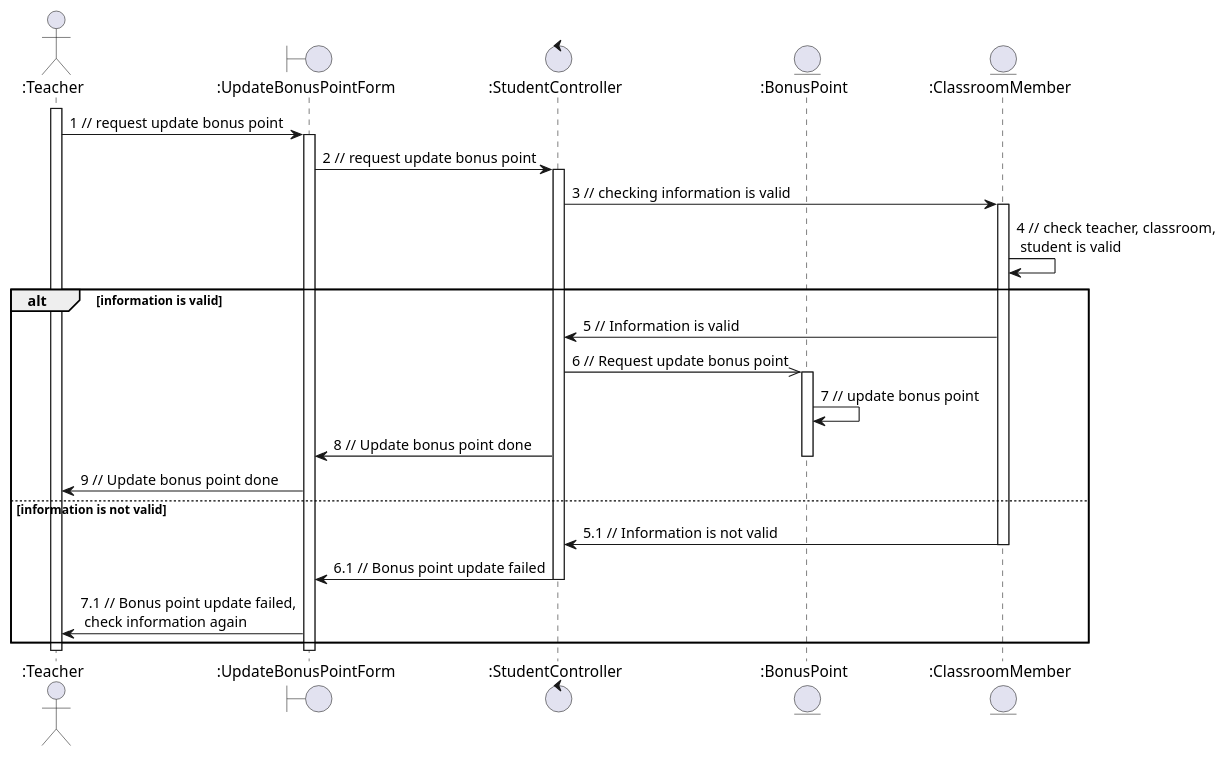
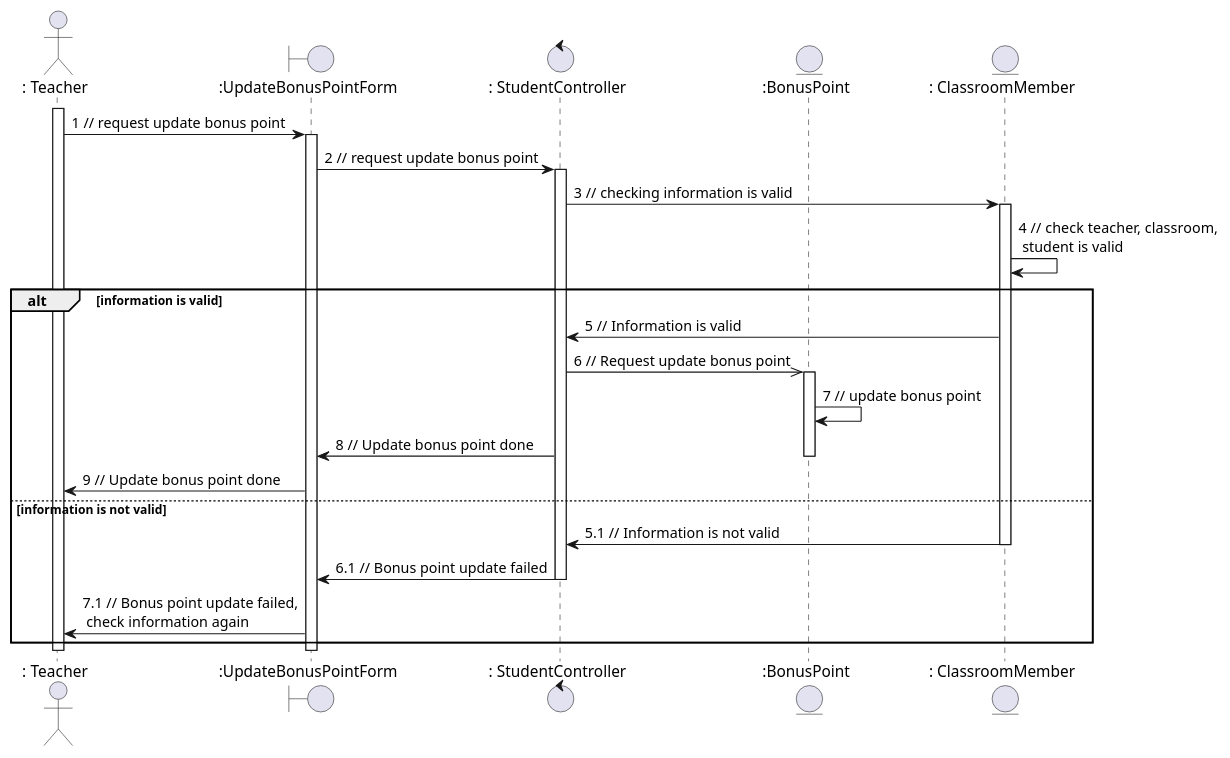
The diagram in sequence - analaysis/rollcall/updateBonusPoint.plantuml (anonyhostvn/OOAD-Diagram), drawn with PlantUML before and after one commit. The commit also changed 13 other files, not shown here.

```diff
--- a/sequence - analaysis/rollcall/updateBonusPoint.plantuml
+++ b/sequence - analaysis/rollcall/updateBonusPoint.plantuml
@@ -1,38 +1,38 @@
 @startuml updateBonusPoint
 
-actor ":Teacher"
+actor ": Teacher"
 boundary ":UpdateBonusPointForm"
-control ":StudentController"
+control ": StudentController"
 entity ":BonusPoint"
-entity ":ClassroomMember"
+entity ": ClassroomMember"
 
-activate ":Teacher"
+activate ": Teacher"
 
-":Teacher" -> ":UpdateBonusPointForm": 1 // request update bonus point
+": Teacher" -> ":UpdateBonusPointForm": 1 // request update bonus point
 activate ":UpdateBonusPointForm"
-":UpdateBonusPointForm" -> ":StudentController": 2 // request update bonus point
-activate ":StudentController"
-":StudentController" -> ":ClassroomMember": 3 // checking information is valid
-activate ":ClassroomMember"
-":ClassroomMember" -> ":ClassroomMember": 4 // check teacher, classroom, \n student is valid
+":UpdateBonusPointForm" -> ": StudentController": 2 // request update bonus point
+activate ": StudentController"
+": StudentController" -> ": ClassroomMember": 3 // checking information is valid
+activate ": ClassroomMember"
+": ClassroomMember" -> ": ClassroomMember": 4 // check teacher, classroom, \n student is valid
 alt information is valid
-    ":ClassroomMember" -> ":StudentController": 5 // Information is valid
-    ":StudentController" ->> ":BonusPoint": 6 // Request update bonus point
+    ": ClassroomMember" -> ": StudentController": 5 // Information is valid
+    ": StudentController" ->> ":BonusPoint": 6 // Request update bonus point
     activate ":BonusPoint"
     ":BonusPoint" -> ":BonusPoint": 7 // update bonus point
-    ":StudentController" -> ":UpdateBonusPointForm": 8 // Update bonus point done
+    ": StudentController" -> ":UpdateBonusPointForm": 8 // Update bonus point done
     deactivate ":BonusPoint"
-    ":UpdateBonusPointForm" -> ":Teacher": 9 // Update bonus point done
+    ":UpdateBonusPointForm" -> ": Teacher": 9 // Update bonus point done
 else information is not valid
-    ":ClassroomMember" -> ":StudentController": 5.1 // Information is not valid
-    deactivate ":ClassroomMember"
-    ":StudentController" -> ":UpdateBonusPointForm": 6.1 // Bonus point update failed
-    deactivate ":StudentController"
-    ":UpdateBonusPointForm" -> ":Teacher": 7.1 // Bonus point update failed,\n check information again
+    ": ClassroomMember" -> ": StudentController": 5.1 // Information is not valid
+    deactivate ": ClassroomMember"
+    ": StudentController" -> ":UpdateBonusPointForm": 6.1 // Bonus point update failed
+    deactivate ": StudentController"
+    ":UpdateBonusPointForm" -> ": Teacher": 7.1 // Bonus point update failed,\n check information again
 end
 
-deactivate ":Teacher"
+deactivate ": Teacher"
 deactivate ":UpdateBonusPointForm"
 
 
 @enduml
```
